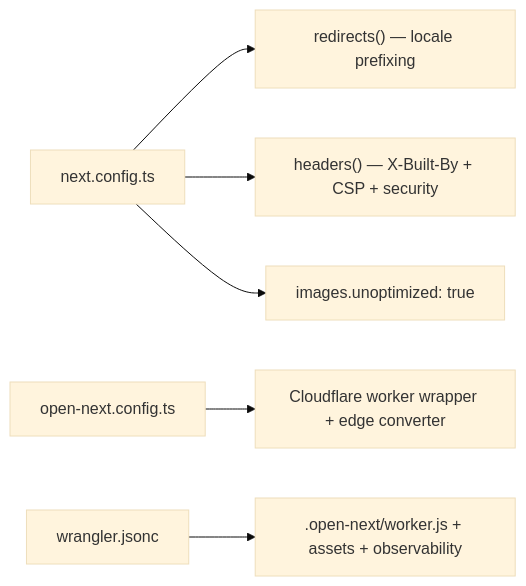
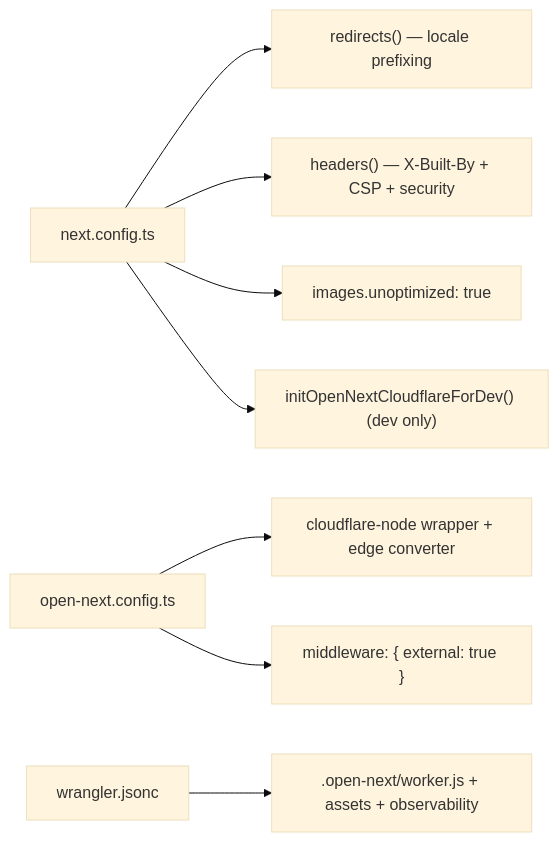
Before and after one commit to devxkamlesh/rajssoguide: the second of 2 diagrams in docs/02 - Architecture.md, drawn with Mermaid (base theme). The commit also changed other lines of this file and 67 other files, not shown here.

````diff
--- a/docs/02 - Architecture.md
+++ b/docs/02 - Architecture.md
@@ -131,8 +115,10 @@
 ```mermaid
 graph LR
     NC["next.config.ts"] --> R["redirects() — locale prefixing"]
     NC --> HD["headers() — X-Built-By + CSP + security"]
     NC --> IMG["images.unoptimized: true"]
-    ON["open-next.config.ts"] --> CW["Cloudflare worker wrapper + edge converter"]
+    NC --> DEV["initOpenNextCloudflareForDev() (dev only)"]
+    ON["open-next.config.ts"] --> CW["cloudflare-node wrapper + edge converter"]
+    ON --> MWX["middleware: { external: true }"]
     WR["wrangler.jsonc"] --> WK[".open-next/worker.js + assets + observability"]
 ```
````
